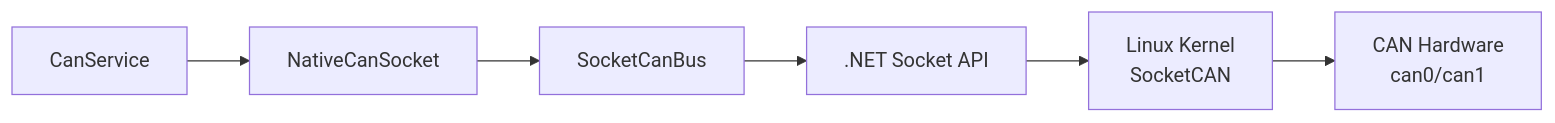
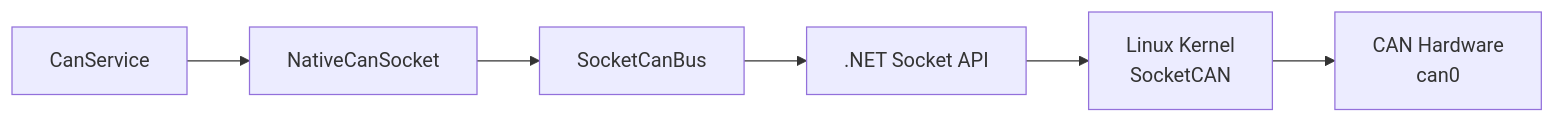
Before and after one commit to DoctaShizzle/rotex-rocon2mqtt: the second of 8 diagrams in docu/CAN.md, drawn with Mermaid. The commit also changed 3 other files, not shown here.

````diff
--- a/docu/CAN.md
+++ b/docu/CAN.md
@@ -55,8 +55,8 @@
 ```mermaid
 graph LR
     APP[CanService] --> SOCKET[NativeCanSocket]
     SOCKET --> BUS[SocketCanBus]
     BUS --> NATIVE[.NET Socket API]
     NATIVE --> KERNEL[Linux Kernel<br/>SocketCAN]
-    KERNEL --> HW[CAN Hardware<br/>can0/can1]
+    KERNEL --> HW[CAN Hardware<br/>can0]
 ```
````
